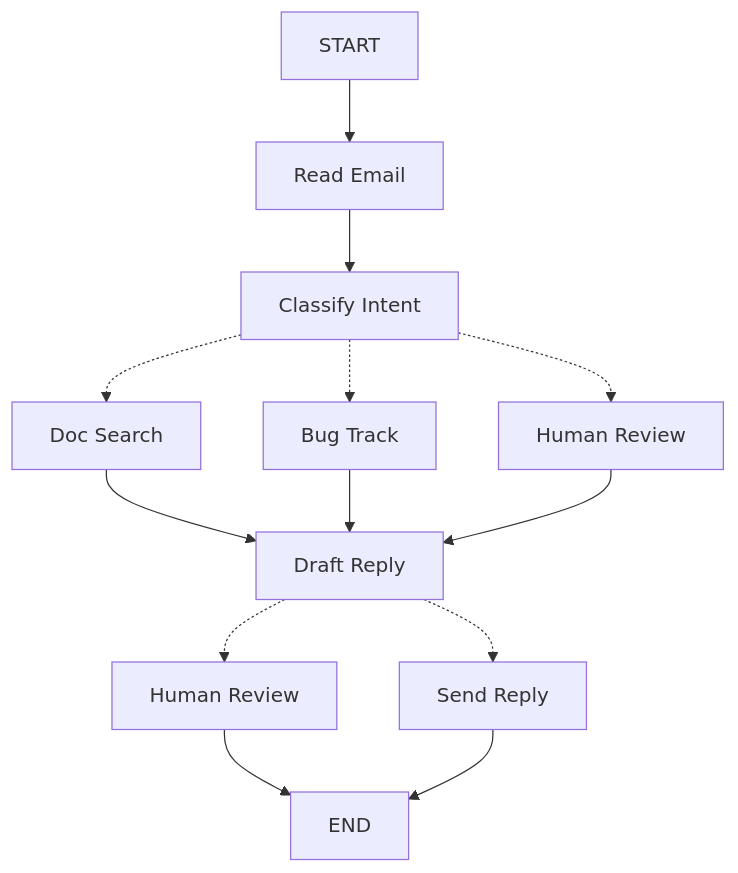
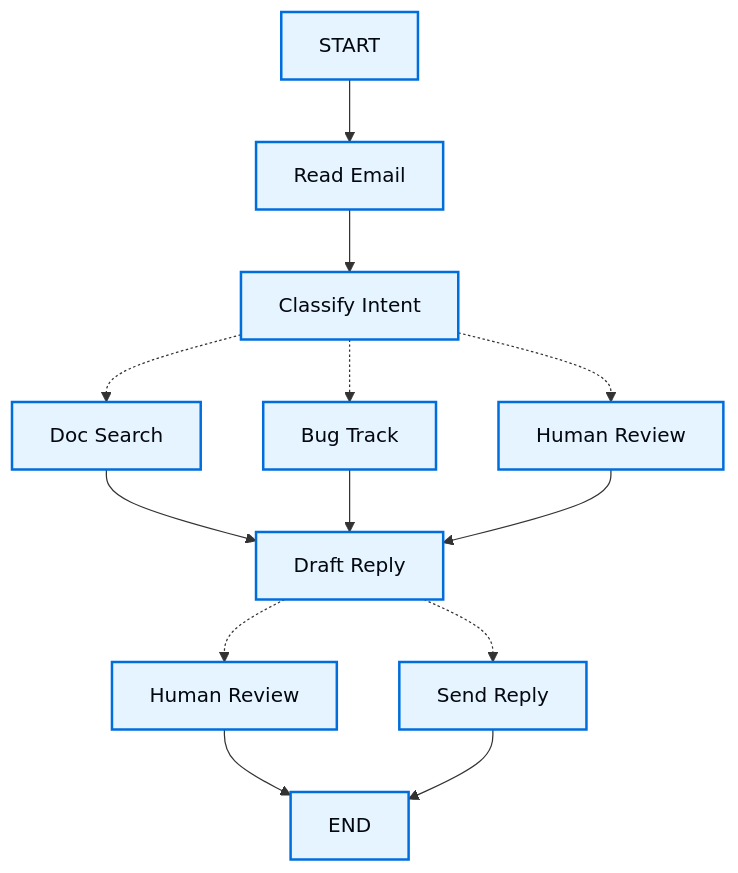
One commit to olorehq/olore changed the diagram in vault/packages/langchain/latest/contents/langgraph/thinking-in-langgraph.mdx. Above: the diagram before and after it, drawn with Mermaid. The commit also changed other lines of this file and 14210 other files, not shown here.

````diff
--- a/vault/packages/langchain/latest/contents/langgraph/thinking-in-langgraph.mdx
+++ b/vault/packages/langchain/latest/contents/langgraph/thinking-in-langgraph.mdx
@@ -39,19 +41,22 @@
 ```mermaid
 flowchart TD
     A[START] --> B[Read Email]
     B --> C[Classify Intent]
 
     C -.-> D[Doc Search]
     C -.-> E[Bug Track]
     C -.-> F[Human Review]
 
     D --> G[Draft Reply]
     E --> G
     F --> G
 
     G -.-> H[Human Review]
     G -.-> I[Send Reply]
 
     H --> J[END]
     I --> J[END]
+
+    classDef process fill:#E5F4FF,stroke:#006DDD,stroke-width:2px,color:#030710
+    class A,B,C,D,E,F,G,H,I,J process
 ```
````
